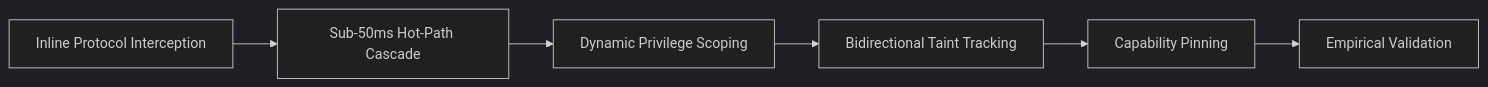
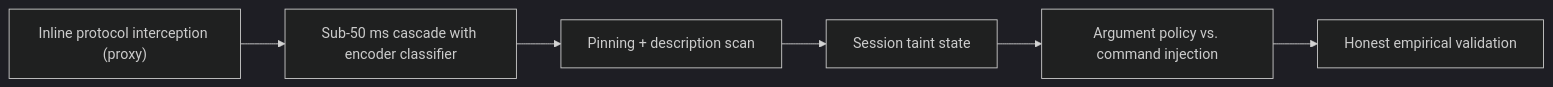
One commit to rishikeshvarma/MCP-Shield changed the fifth of 10 diagrams in MCP-Shield Complete Presentation Script & Project Blueprint.md. Above: the diagram before and after it, drawn with Mermaid (dark theme). The commit also changed other lines of this file and 10 other files, not shown here.

````diff
--- a/MCP-Shield Complete Presentation Script & Project Blueprint.md
+++ b/MCP-Shield Complete Presentation Script & Project Blueprint.md
@@ -181,8 +171,8 @@
 ```mermaid
 graph LR
-    Obj1["Inline Protocol Interception"] --> Obj2["Sub-50ms Hot-Path Cascade"]
-    Obj2 --> Obj3["Dynamic Privilege Scoping"]
-    Obj3 --> Obj4["Bidirectional Taint Tracking"]
-    Obj4 --> Obj5["Capability Pinning"]
-    Obj5 --> Obj6["Empirical Validation"]
+    Obj1["Inline protocol interception (proxy)"] --> Obj2["Sub-50 ms cascade with encoder classifier"]
+    Obj2 --> Obj3["Pinning + description scan"]
+    Obj3 --> Obj4["Session taint state"]
+    Obj4 --> Obj5["Argument policy vs. command injection"]
+    Obj5 --> Obj6["Honest empirical validation"]
 ```
````
